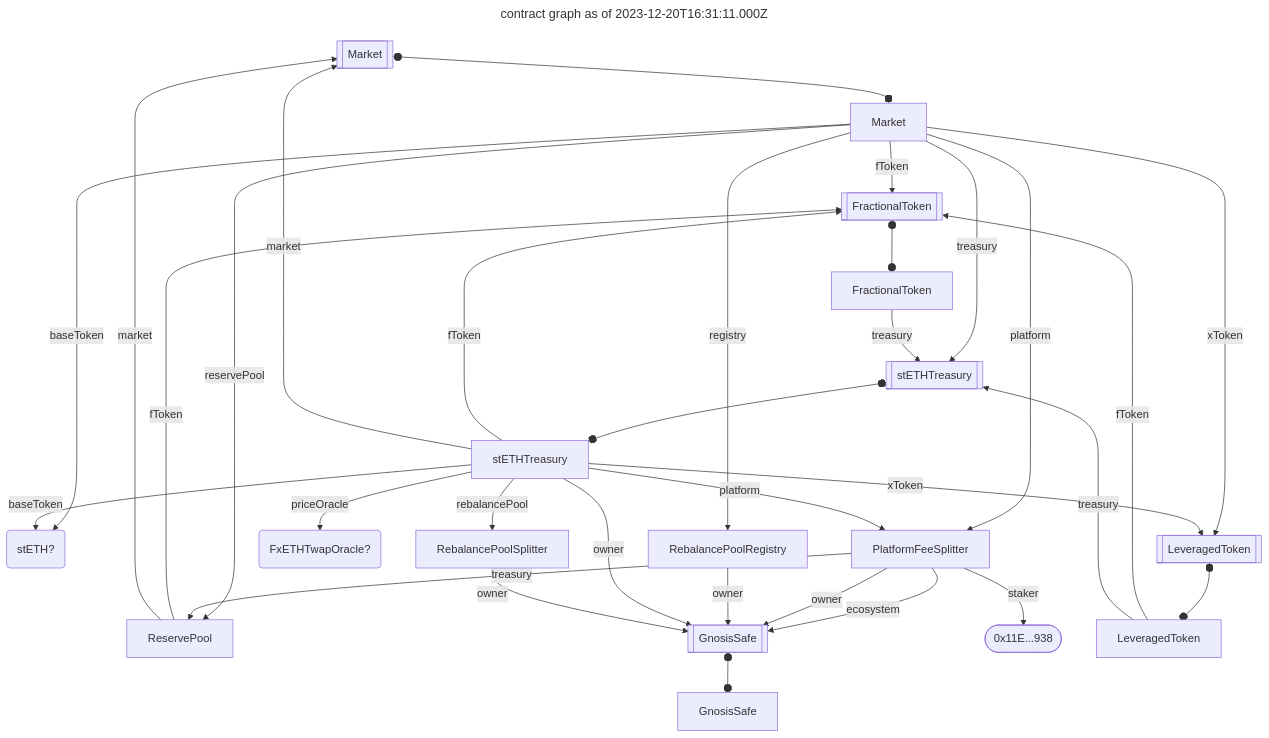
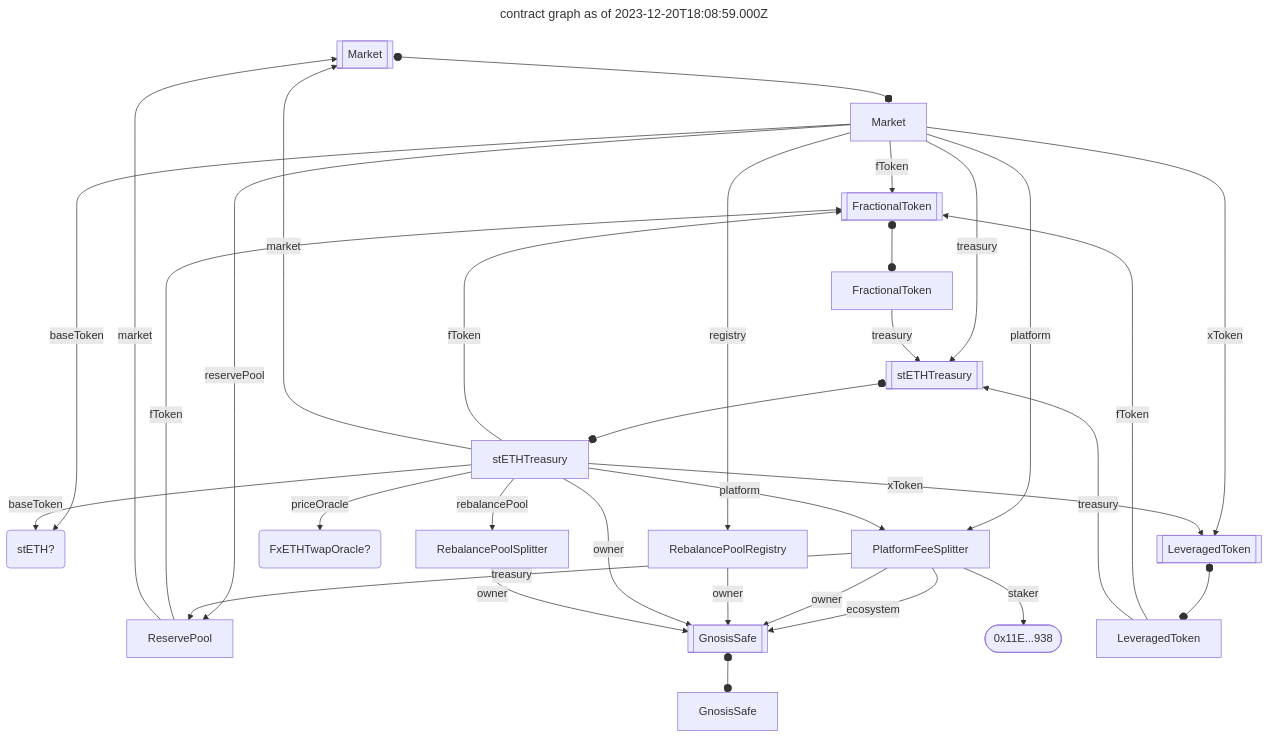
Before and after one commit to rootminus0x1/eat: the diagram in graph.md, drawn with Mermaid. The commit also changed 1 other file, not shown here.

Commit message:
automatically find proxy update addresses

````diff
--- a/graph.md
+++ b/graph.md
@@ -1,6 +1,6 @@
 ```mermaid
 ---
-title: contract graph as of 2023-12-20T16:31:11.000Z
+title: contract graph as of 2023-12-20T18:08:59.000Z
 ---
 flowchart TB
 
````
